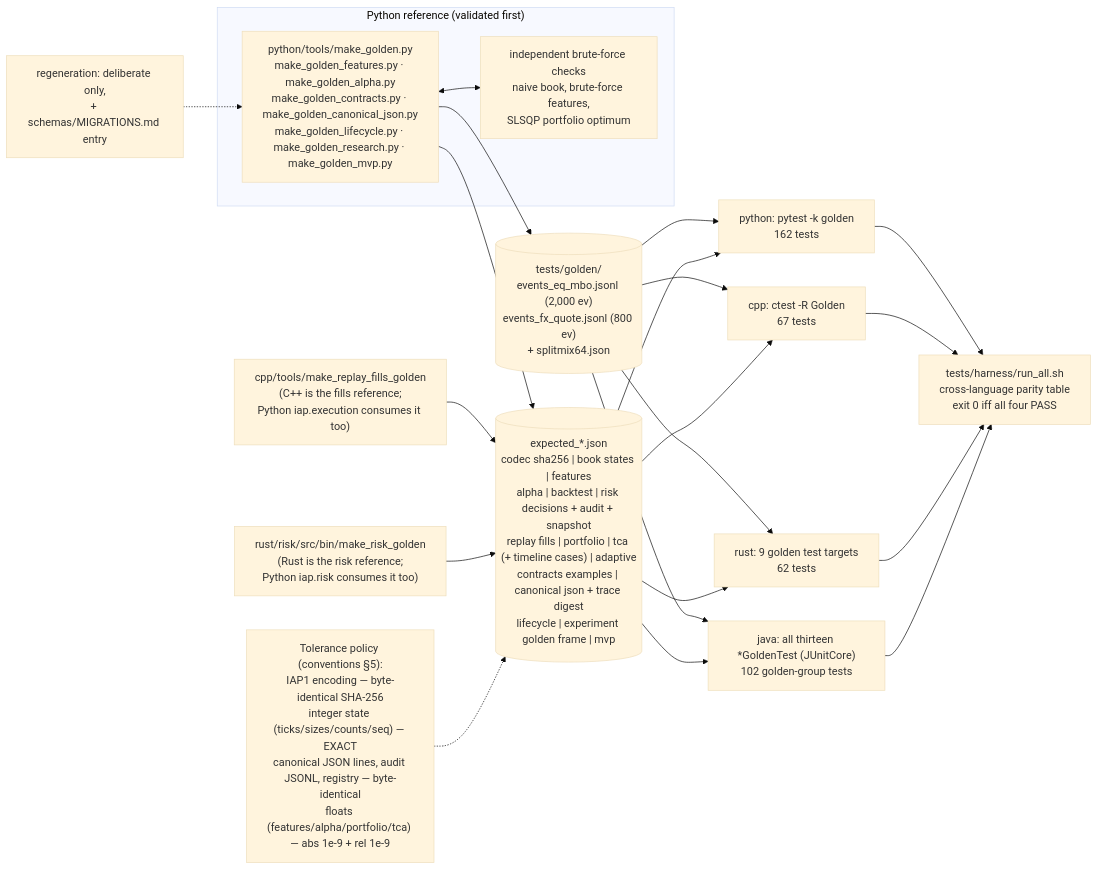
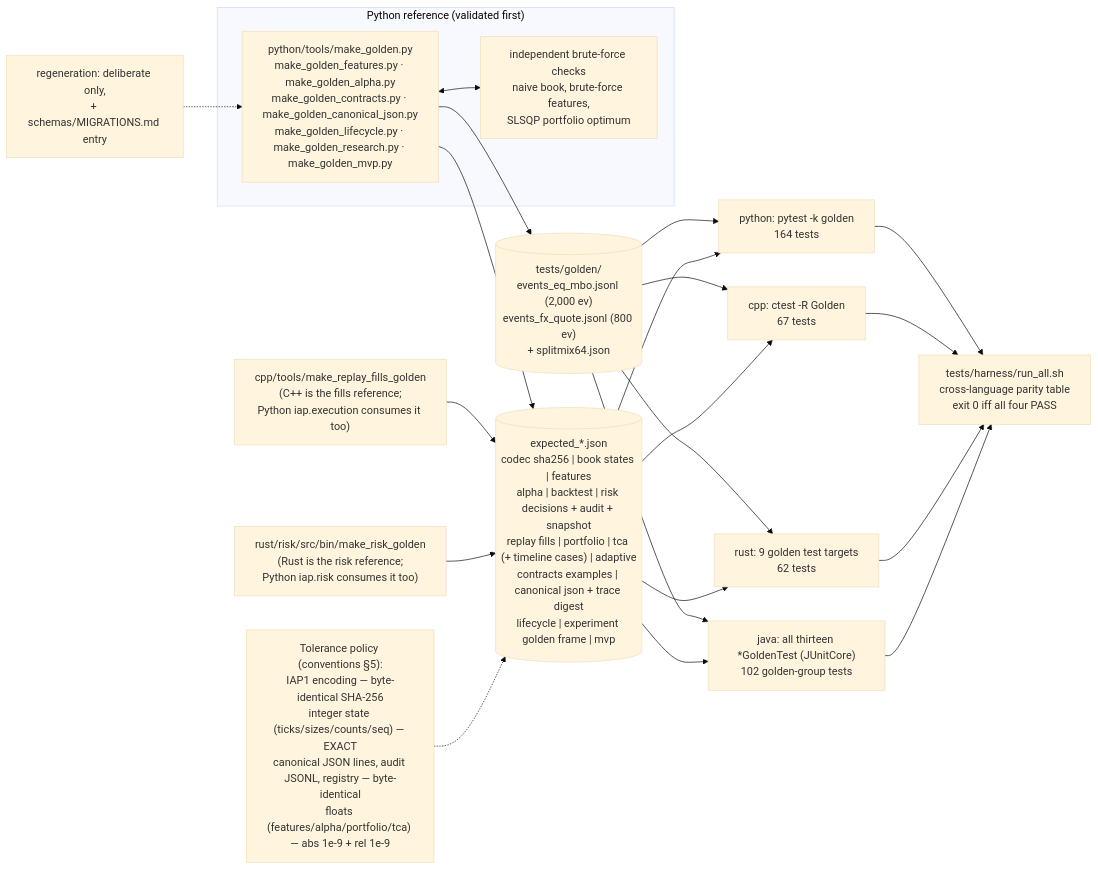
Before and after one commit to AshJha0/intraday-alpha-platform: the diagram in docs/diagrams/golden_topology.mmd, drawn with Mermaid (base theme). The commit also changed 49 other files, not shown here.

```diff
--- a/docs/diagrams/golden_topology.mmd
+++ b/docs/diagrams/golden_topology.mmd
@@ -1,24 +1,24 @@
 flowchart LR
     subgraph REF["Python reference (validated first)"]
         MG["python/tools/make_golden.py<br/>make_golden_features.py · make_golden_alpha.py<br/>make_golden_contracts.py · make_golden_canonical_json.py<br/>make_golden_lifecycle.py · make_golden_research.py · make_golden_mvp.py"]
         BF["independent brute-force checks<br/>naive book, brute-force features,<br/>SLSQP portfolio optimum"]
         MG <--> BF
     end
     MG --> GV[("tests/golden/<br/>events_eq_mbo.jsonl (2,000 ev)<br/>events_fx_quote.jsonl (800 ev)<br/>+ splitmix64.json")]
     MG --> EXP[("expected_*.json<br/>codec sha256 | book states | features<br/>alpha | backtest | risk decisions + audit + snapshot<br/>replay fills | portfolio | tca (+ timeline cases) | adaptive<br/>contracts examples | canonical json + trace digest<br/>lifecycle | experiment golden frame | mvp")]
     CPPTOOL["cpp/tools/make_replay_fills_golden<br/>(C++ is the fills reference;<br/>Python iap.execution consumes it too)"] --> EXP
     RSTOOL["rust/risk/src/bin/make_risk_golden<br/>(Rust is the risk reference;<br/>Python iap.risk consumes it too)"] --> EXP
-    GV --> PY["python: pytest -k golden<br/>162 tests"]
+    GV --> PY["python: pytest -k golden<br/>164 tests"]
     GV --> CPP["cpp: ctest -R Golden<br/>67 tests"]
     GV --> RS["rust: 9 golden test targets<br/>62 tests"]
     GV --> JV["java: all thirteen *GoldenTest (JUnitCore)<br/>102 golden-group tests"]
     EXP --> PY
     EXP --> CPP
     EXP --> RS
     EXP --> JV
     PY --> TAB["tests/harness/run_all.sh<br/>cross-language parity table<br/>exit 0 iff all four PASS"]
     CPP --> TAB
     RS --> TAB
     JV --> TAB
     TOL["Tolerance policy (conventions §5):<br/>IAP1 encoding — byte-identical SHA-256<br/>integer state (ticks/sizes/counts/seq) — EXACT<br/>canonical JSON lines, audit JSONL, registry — byte-identical<br/>floats (features/alpha/portfolio/tca) — abs 1e-9 + rel 1e-9"] -.-> EXP
     MIG["regeneration: deliberate only,<br/>+ schemas/MIGRATIONS.md entry"] -.-> MG
```
